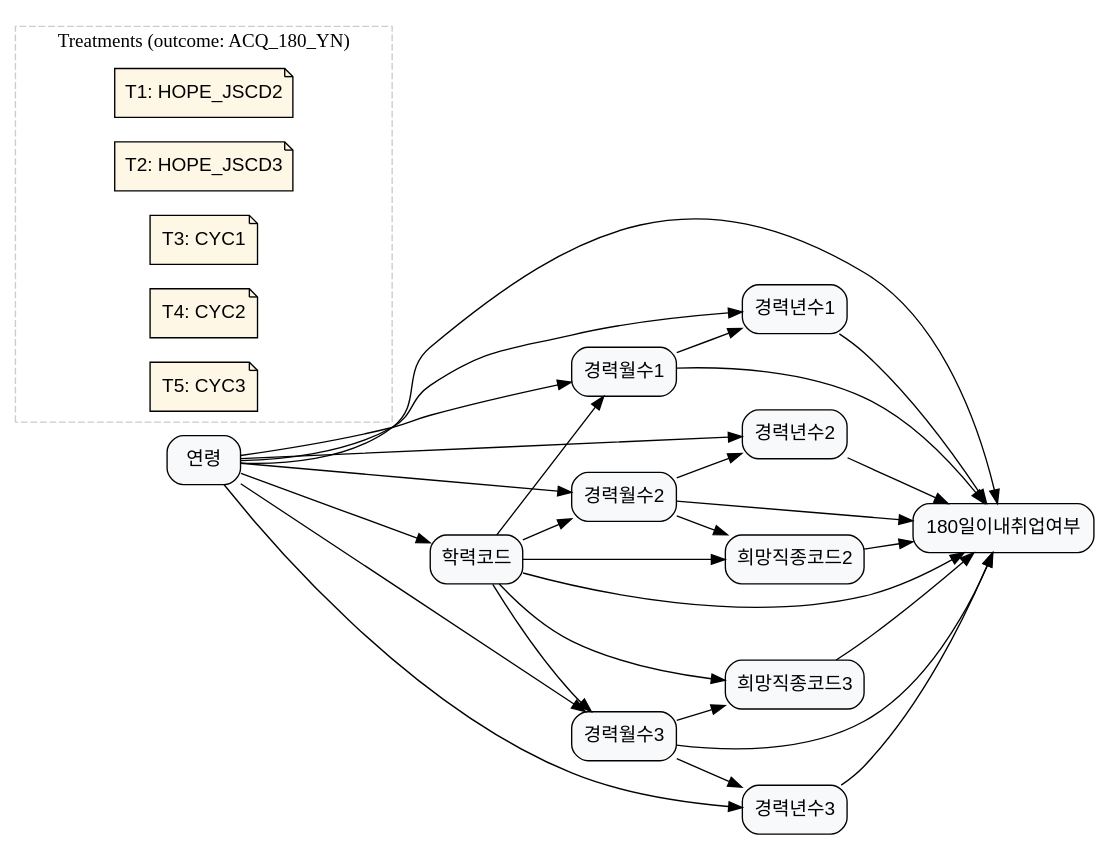
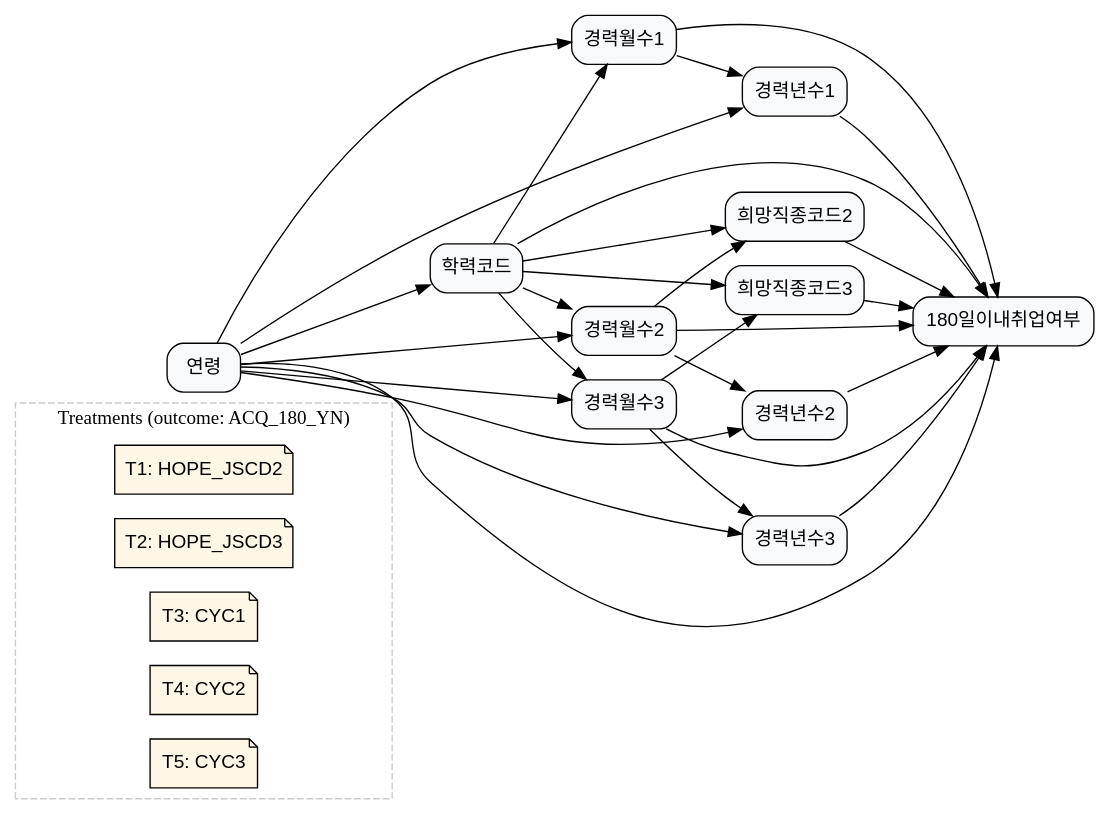
Before and after one commit to KU-LIM-Lab/dowhy-deep: the diagram in laborlab_2/data/graph_data/graph_13.dot, drawn with Graphviz. The commit also changed 79 other files, not shown here.

Commit message:
graph real real final really sorry bro들

```diff
--- a/laborlab_2/data/graph_data/graph_13.dot
+++ b/laborlab_2/data/graph_data/graph_13.dot
@@ -1,98 +1,87 @@
 digraph {
-    rankdir=LR;
-    node [shape=box, style="rounded,filled", fillcolor="#F8F9FB", fontname="Helvetica"];
-
-    ACCR_CD [label="학력코드"];
-    ACQ_180_YN [label="180일이내취업여부"];
-    AGE [label="연령"];
-    CARR_MYCT1 [label="경력월수1"];
-    CARR_MYCT2 [label="경력월수2"];
-    CARR_MYCT3 [label="경력월수3"];
-    CYC1 [label="경력년수1"];
-    CYC2 [label="경력년수2"];
-    CYC3 [label="경력년수3"];
-    HOPE_JSCD2 [label="희망직종코드2"];
-    HOPE_JSCD3 [label="희망직종코드3"];
-
-    AGE -> ACCR_CD;
-    AGE -> CARR_MYCT1;
-    AGE -> CARR_MYCT2;
-    AGE -> CARR_MYCT3;
-    AGE -> CYC1;
-    AGE -> CYC2;
-    AGE -> CYC3;
-    ACCR_CD -> CARR_MYCT1;
-    ACCR_CD -> CARR_MYCT2;
-    ACCR_CD -> CARR_MYCT3;
-    ACCR_CD -> HOPE_JSCD2;
-    ACCR_CD -> HOPE_JSCD3;
-    CARR_MYCT1 -> CYC1;
-    CARR_MYCT2 -> CYC2;
-    CARR_MYCT3 -> CYC3;
-    CARR_MYCT2 -> HOPE_JSCD2;
-    CARR_MYCT3 -> HOPE_JSCD3;
-    HOPE_JSCD2 -> ACQ_180_YN;
-    HOPE_JSCD3 -> ACQ_180_YN;
-    CARR_MYCT1 -> ACQ_180_YN;
-    CARR_MYCT2 -> ACQ_180_YN;
-    CARR_MYCT3 -> ACQ_180_YN;
-    CYC1 -> ACQ_180_YN;
-    CYC2 -> ACQ_180_YN;
-    CYC3 -> ACQ_180_YN;
-    AGE -> ACQ_180_YN;
-    ACCR_CD -> ACQ_180_YN;
-
-    // Treatments
-    subgraph cluster_treatments {
-        label="Treatments (outcome: ACQ_180_YN)";
-        style=dashed;
-        color="#CCCCCC";
-        node [shape=note, style="rounded,filled", fillcolor="#FFF7E6", fontname="Helvetica"];
-
-        T1 [
-            label="T1: HOPE_JSCD2",
-            role="treatment_meta",
-            treatment_var="HOPE_JSCD2",
-            treatment_name="HOPE_JSCD2",
-            treatment_def="희망직종코드2(HOPE_JSCD2) 수준 차이가 ACQ_180_YN(180일이내취업여부)에 미치는 인과효과",
-            treatment_question="희망직종코드2(HOPE_JSCD2) 수준이 다른 구직자들의 6개월 내 취업 확률은 얼마나 다른가?"
-        ];
-
-        T2 [
-            label="T2: HOPE_JSCD3",
-            role="treatment_meta",
-            treatment_var="HOPE_JSCD3",
-            treatment_name="HOPE_JSCD3",
-            treatment_def="희망직종코드3(HOPE_JSCD3) 수준 차이가 ACQ_180_YN(180일이내취업여부)에 미치는 인과효과",
-            treatment_question="희망직종코드3(HOPE_JSCD3) 수준이 다른 구직자들의 6개월 내 취업 확률은 얼마나 다른가?"
-        ];
-
-        T3 [
-            label="T3: CYC1",
-            role="treatment_meta",
-            treatment_var="CYC1",
-            treatment_name="CYC1",
-            treatment_def="경력년수1(CYC1) 수준 차이가 ACQ_180_YN(180일이내취업여부)에 미치는 인과효과",
-            treatment_question="경력년수1(CYC1) 수준이 다른 구직자들의 6개월 내 취업 확률은 얼마나 다른가?"
-        ];
-
-        T4 [
-            label="T4: CYC2",
-            role="treatment_meta",
-            treatment_var="CYC2",
-            treatment_name="CYC2",
-            treatment_def="경력년수2(CYC2) 수준 차이가 ACQ_180_YN(180일이내취업여부)에 미치는 인과효과",
-            treatment_question="경력년수2(CYC2) 수준이 다른 구직자들의 6개월 내 취업 확률은 얼마나 다른가?"
-        ];
-
-        T5 [
-            label="T5: CYC3",
-            role="treatment_meta",
-            treatment_var="CYC3",
-            treatment_name="CYC3",
-            treatment_def="경력년수3(CYC3) 수준 차이가 ACQ_180_YN(180일이내취업여부)에 미치는 인과효과",
-            treatment_question="경력년수3(CYC3) 수준이 다른 구직자들의 6개월 내 취업 확률은 얼마나 다른가?"
-        ];
-
-    }
+	graph [rankdir=LR];
+	node [fillcolor="#F8F9FB",
+		fontname=Helvetica,
+		shape=box,
+		style="rounded,filled"
+	];
+	subgraph cluster_treatments {
+		graph [color="#CCCCCC",
+			label="Treatments (outcome: ACQ_180_YN)",
+			style=dashed
+		];
+		node [fillcolor="#FFF7E6",
+			fontname=Helvetica,
+			shape=note,
+			style="rounded,filled"
+		];
+		T1	[label="T1: HOPE_JSCD2",
+			role=treatment_meta,
+			treatment_def="희망직종코드2(HOPE_JSCD2) 수준 차이가 ACQ_180_YN(180일이내취업여부)에 미치는 인과효과",
+			treatment_name=HOPE_JSCD2,
+			treatment_question="희망직종코드2(HOPE_JSCD2) 수준이 다른 구직자들의 6개월 내 취업 확률은 얼마나 다른가?",
+			treatment_var=HOPE_JSCD2];
+		T2	[label="T2: HOPE_JSCD3",
+			role=treatment_meta,
+			treatment_def="희망직종코드3(HOPE_JSCD3) 수준 차이가 ACQ_180_YN(180일이내취업여부)에 미치는 인과효과",
+			treatment_name=HOPE_JSCD3,
+			treatment_question="희망직종코드3(HOPE_JSCD3) 수준이 다른 구직자들의 6개월 내 취업 확률은 얼마나 다른가?",
+			treatment_var=HOPE_JSCD3];
+		T3	[label="T3: CYC1",
+			role=treatment_meta,
+			treatment_def="경력년수1(CYC1) 수준 차이가 ACQ_180_YN(180일이내취업여부)에 미치는 인과효과",
+			treatment_name=CYC1,
+			treatment_question="경력년수1(CYC1) 수준이 다른 구직자들의 6개월 내 취업 확률은 얼마나 다른가?",
+			treatment_var=CYC1];
+		T4	[label="T4: CYC2",
+			role=treatment_meta,
+			treatment_def="경력년수2(CYC2) 수준 차이가 ACQ_180_YN(180일이내취업여부)에 미치는 인과효과",
+			treatment_name=CYC2,
+			treatment_question="경력년수2(CYC2) 수준이 다른 구직자들의 6개월 내 취업 확률은 얼마나 다른가?",
+			treatment_var=CYC2];
+		T5	[label="T5: CYC3",
+			role=treatment_meta,
+			treatment_def="경력년수3(CYC3) 수준 차이가 ACQ_180_YN(180일이내취업여부)에 미치는 인과효과",
+			treatment_name=CYC3,
+			treatment_question="경력년수3(CYC3) 수준이 다른 구직자들의 6개월 내 취업 확률은 얼마나 다른가?",
+			treatment_var=CYC3];
+	}
+	ACCR_CD	[label=학력코드];
+	ACQ_180_YN	[label="180일이내취업여부"];
+	ACCR_CD -> ACQ_180_YN;
+	CARR_MYCT1	[label=경력월수1];
+	ACCR_CD -> CARR_MYCT1;
+	CARR_MYCT2	[label=경력월수2];
+	ACCR_CD -> CARR_MYCT2;
+	CARR_MYCT3	[label=경력월수3];
+	ACCR_CD -> CARR_MYCT3;
+	HOPE_JSCD2	[label=희망직종코드2];
+	ACCR_CD -> HOPE_JSCD2;
+	HOPE_JSCD3	[label=희망직종코드3];
+	ACCR_CD -> HOPE_JSCD3;
+	CARR_MYCT1 -> ACQ_180_YN;
+	CYC1	[label=경력년수1];
+	CARR_MYCT1 -> CYC1;
+	CARR_MYCT2 -> ACQ_180_YN;
+	CARR_MYCT2 -> HOPE_JSCD2;
+	CYC2	[label=경력년수2];
+	CARR_MYCT2 -> CYC2;
+	CARR_MYCT3 -> ACQ_180_YN;
+	CARR_MYCT3 -> HOPE_JSCD3;
+	CYC3	[label=경력년수3];
+	CARR_MYCT3 -> CYC3;
+	HOPE_JSCD2 -> ACQ_180_YN;
+	HOPE_JSCD3 -> ACQ_180_YN;
+	AGE	[label=연령];
+	AGE -> ACCR_CD;
+	AGE -> ACQ_180_YN;
+	AGE -> CARR_MYCT1;
+	AGE -> CARR_MYCT2;
+	AGE -> CARR_MYCT3;
+	AGE -> CYC1;
+	AGE -> CYC2;
+	AGE -> CYC3;
+	CYC1 -> ACQ_180_YN;
+	CYC2 -> ACQ_180_YN;
+	CYC3 -> ACQ_180_YN;
 }
```
